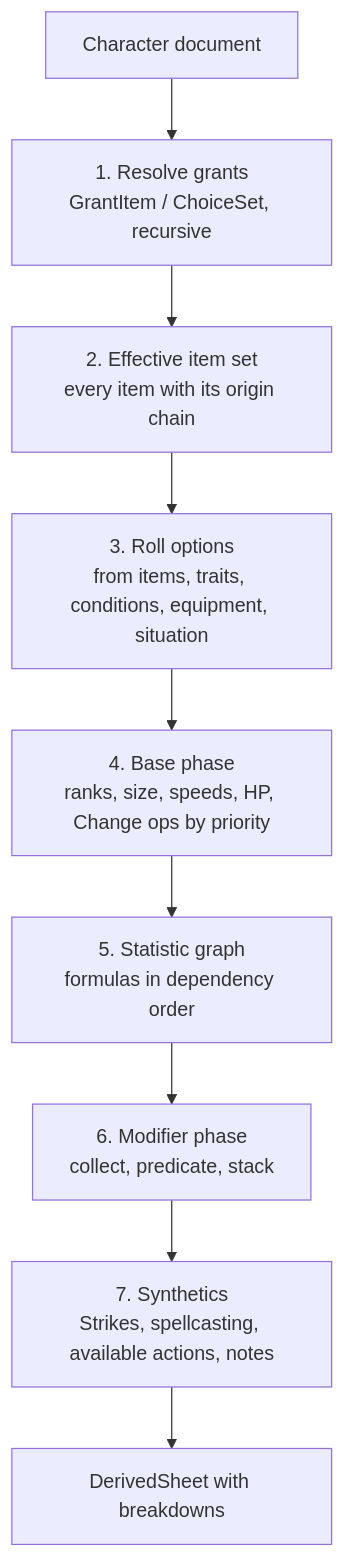
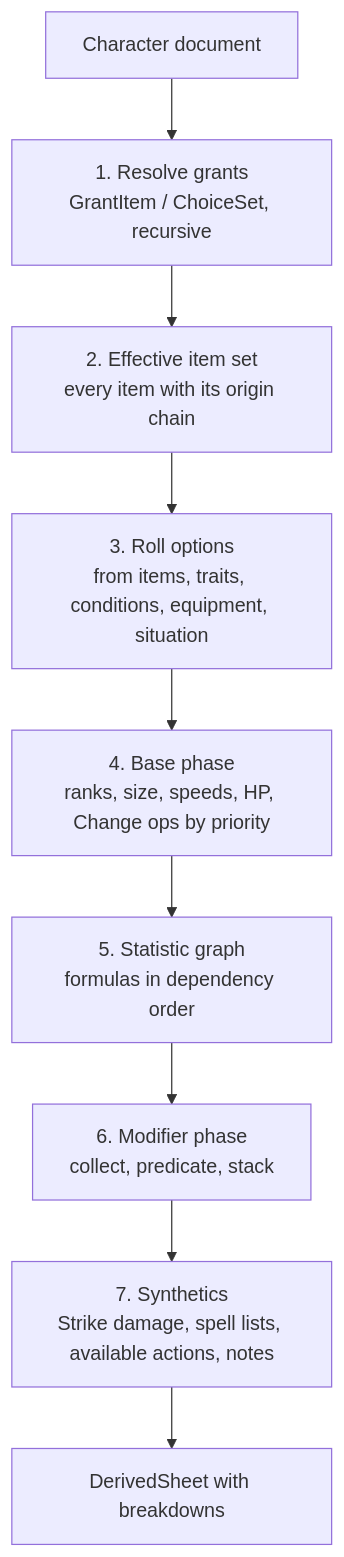
Before and after one commit to DavidDudson/pioneer: the diagram in docs/architecture/rules-engine.md, drawn with Mermaid. The commit also changed other lines of this file and 34 other files, not shown here.

First line of the commit message:
feat(rules): Strike and spellcasting statistics derived per source (#334)

````diff
--- a/docs/architecture/rules-engine.md
+++ b/docs/architecture/rules-engine.md
@@ -360,11 +401,11 @@
 ```mermaid
 flowchart TD
   A[Character document] --> B[1. Resolve grants<br/>GrantItem / ChoiceSet, recursive]
   B --> C[2. Effective item set<br/>every item with its origin chain]
   C --> D[3. Roll options<br/>from items, traits, conditions, equipment, situation]
   D --> E[4. Base phase<br/>ranks, size, speeds, HP, Change ops by priority]
   E --> F[5. Statistic graph<br/>formulas in dependency order]
   F --> G[6. Modifier phase<br/>collect, predicate, stack]
-  G --> H[7. Synthetics<br/>Strikes, spellcasting, available actions, notes]
+  G --> H[7. Synthetics<br/>Strike damage, spell lists, available actions, notes]
   H --> I[DerivedSheet with breakdowns]
 ```
````
